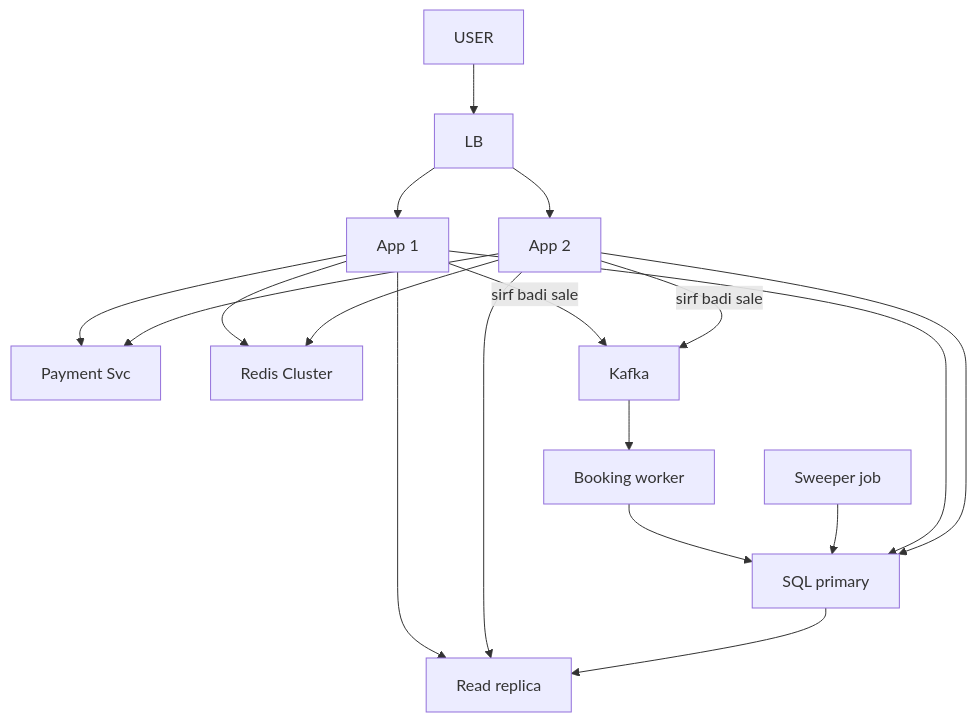
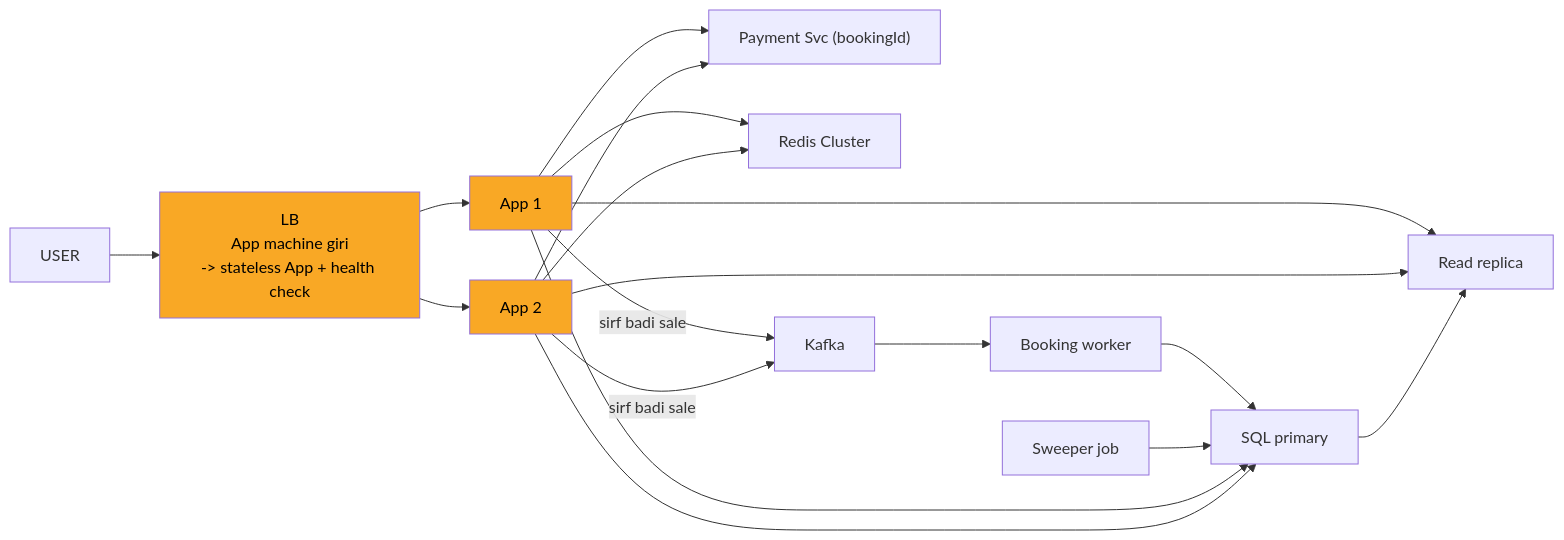
One commit to ArpanMaheshwari144/Prep changed the eighth of 9 diagrams in 04_HLD/SYSTEM_DESIGNS/09_bookmyshow/09_bookmyshow_INTERVIEW.md. Above: the diagram before and after it, drawn with Mermaid. The commit also changed other lines of this file and 2 other files, not shown here.

Commit message:
news, bookmyshow, cache: one-day story, short cards, follow-ups with rules, highlighted diagrams

````diff
--- a/04_HLD/SYSTEM_DESIGNS/09_bookmyshow/09_bookmyshow_INTERVIEW.md
+++ b/04_HLD/SYSTEM_DESIGNS/09_bookmyshow/09_bookmyshow_INTERVIEW.md
@@ -301,31 +299,34 @@
 ```mermaid
-flowchart TD
+flowchart LR
     n_USER["USER"]
-    n_LB["LB"]
+    n_LB["LB<br/>App machine giri<br/>-> stateless App + health check"]
     n_App_x_N_1["App 1"]
     n_App_x_N_2["App 2"]
-    n_Payment_Svc["Payment Svc"]
+    n_Payment_Svc["Payment Svc (bookingId)"]
     n_Redis_Cluster["Redis Cluster"]
     n_Read_replica["Read replica"]
     n_Kafka["Kafka"]
     n_Booking_worker["Booking worker"]
     n_SQL_primary["SQL primary"]
     n_Sweeper_job["Sweeper job"]
     n_USER --> n_LB
     n_LB --> n_App_x_N_1
     n_LB --> n_App_x_N_2
     n_App_x_N_1 --> n_Payment_Svc
     n_App_x_N_2 --> n_Payment_Svc
     n_App_x_N_1 --> n_Redis_Cluster
     n_App_x_N_2 --> n_Redis_Cluster
     n_App_x_N_1 --> n_Read_replica
     n_App_x_N_2 --> n_Read_replica
     n_App_x_N_1 -->|sirf badi sale| n_Kafka
     n_App_x_N_2 -->|sirf badi sale| n_Kafka
     n_Kafka --> n_Booking_worker
     n_Booking_worker --> n_SQL_primary
     n_Sweeper_job --> n_SQL_primary
     n_App_x_N_1 --> n_SQL_primary
     n_App_x_N_2 --> n_SQL_primary
     n_SQL_primary --> n_Read_replica
+    style n_LB fill:#f9a825,color:#000
+    style n_App_x_N_1 fill:#f9a825,color:#000
+    style n_App_x_N_2 fill:#f9a825,color:#000
 ```
````
